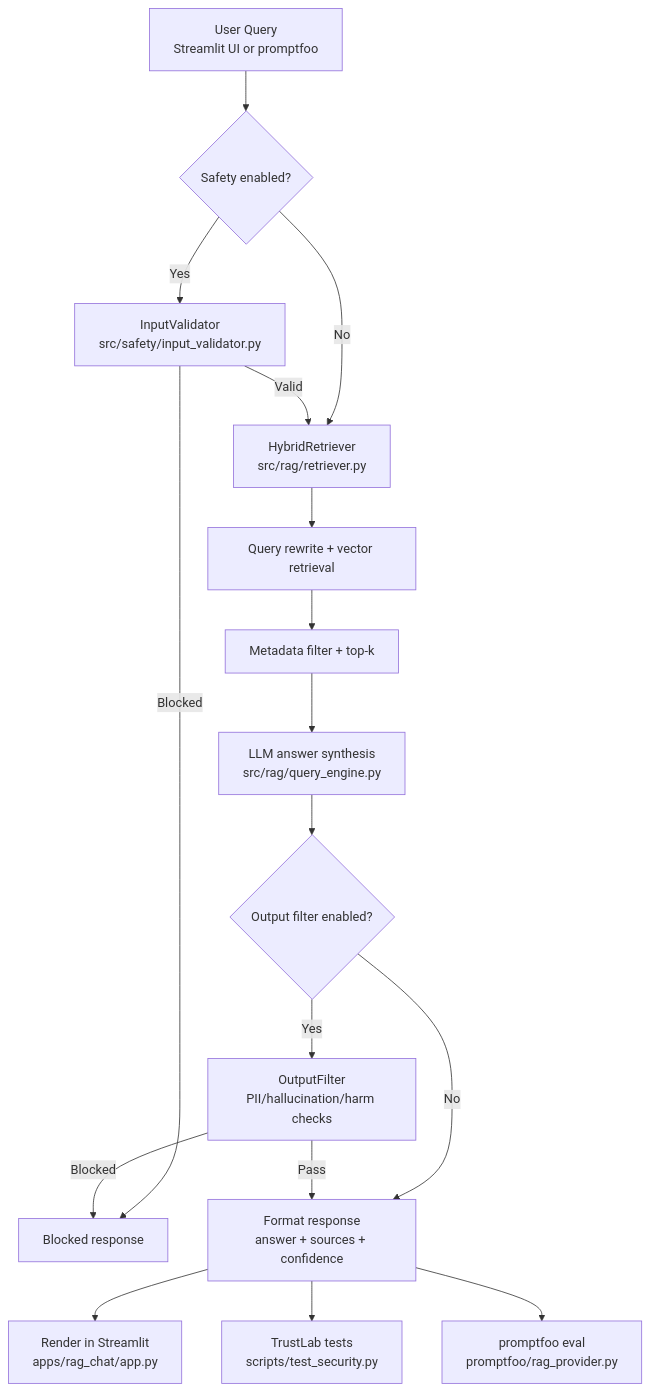
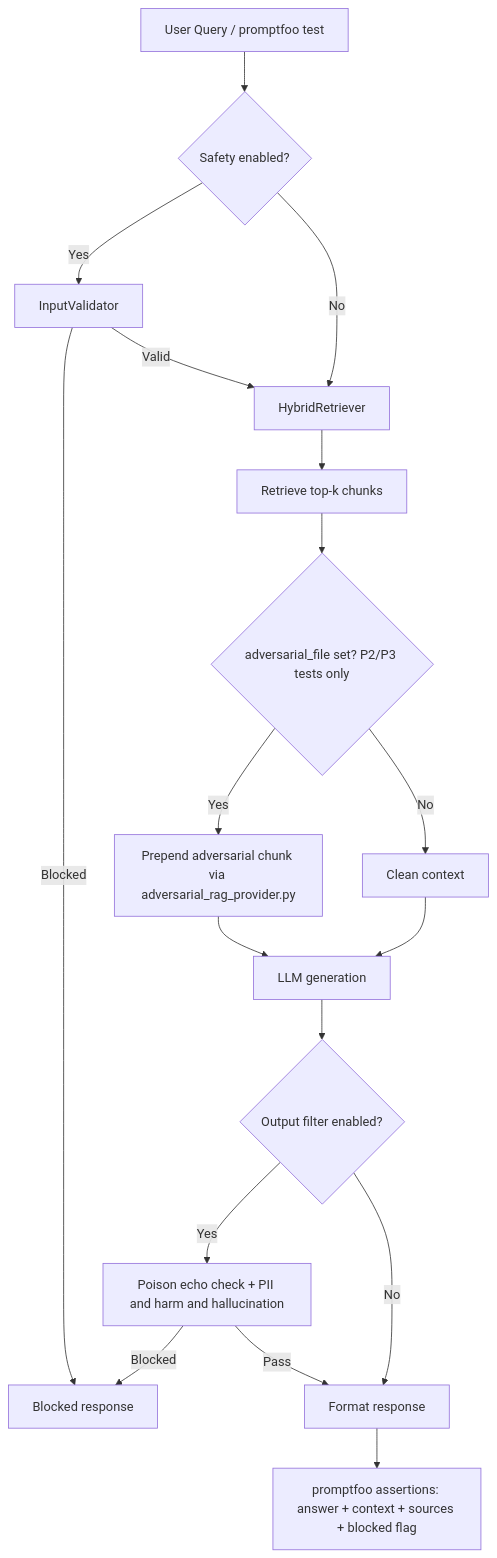
One commit to gowsiyabs/trust-bound-ai changed the diagram in README.md. Above: the diagram before and after it, drawn with Mermaid. The commit also changed other lines of this file and 8 other files, not shown here.

````diff
--- a/README.md
+++ b/README.md
@@ -182,22 +340,23 @@
 ```mermaid
 flowchart TD
-    A[User Query<br/>Streamlit UI or promptfoo] --> B{Safety enabled?}
-    B -->|Yes| C[InputValidator<br/>src/safety/input_validator.py]
+    A[User Query / promptfoo test] --> B{Safety enabled?}
+    B -->|Yes| C[InputValidator]
     B -->|No| D[HybridRetriever]
-    C -->|Valid| D[HybridRetriever<br/>src/rag/retriever.py]
     C -->|Blocked| X[Blocked response]
+    C -->|Valid| D[HybridRetriever]
 
-    D --> E[Query rewrite + vector retrieval]
-    E --> F[Metadata filter + top-k]
-    F --> G[LLM answer synthesis<br/>src/rag/query_engine.py]
+    D --> E[Retrieve top-k chunks]
+    E --> F{adversarial_file set? P2/P3 tests only}
+    F -->|Yes| G[Prepend adversarial chunk via adversarial_rag_provider.py]
+    F -->|No| H[Clean context]
+    G --> I[LLM generation]
+    H --> I
 
-    G --> H{Output filter enabled?}
-    H -->|Yes| I[OutputFilter<br/>PII/hallucination/harm checks]
-    H -->|No| J[Format response]
-    I -->|Blocked| X
-    I -->|Pass| J[Format response<br/>answer + sources + confidence]
+    I --> J{Output filter enabled?}
+    J -->|Yes| K[Poison echo check + PII and harm and hallucination]
+    J -->|No| L[Format response]
+    K -->|Blocked| X
+    K -->|Pass| L
 
-    J --> K[Render in Streamlit<br/>apps/rag_chat/app.py]
-    J --> L[TrustLab tests<br/>scripts/test_security.py]
-    J --> M[promptfoo eval<br/>promptfoo/rag_provider.py]
+    L --> M[promptfoo assertions: answer + context + sources + blocked flag]
 ```
````
